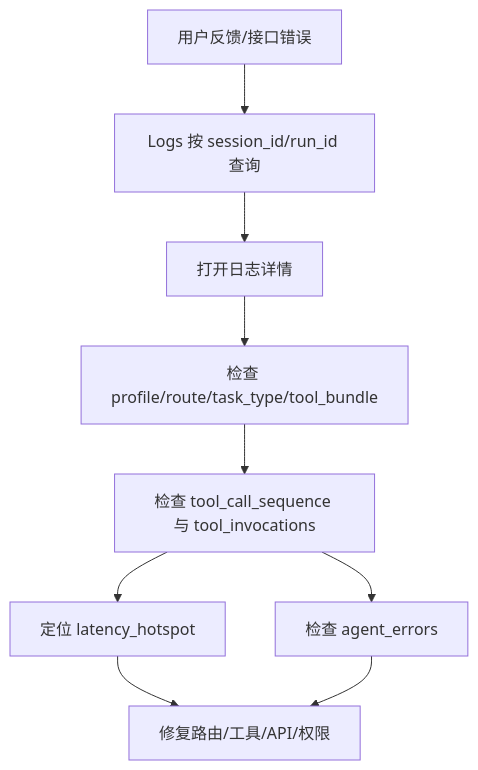
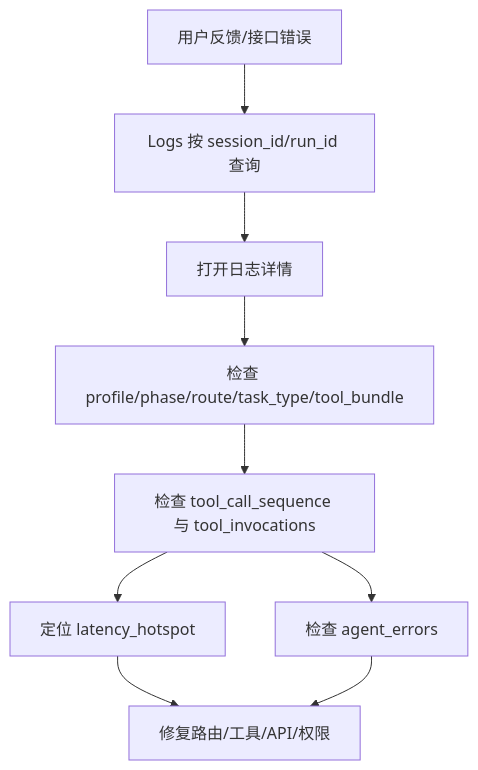
The second of 2 diagrams in docs/ADMIN_BACKEND_SYSTEM_GUIDE.md (lr12338/hifleet-agent), drawn with Mermaid before and after one commit. The commit also changed other lines of this file and 12 other files, not shown here.

Commit message:
Harden agent secrecy and simplify architecture docs

````diff
--- a/docs/ADMIN_BACKEND_SYSTEM_GUIDE.md
+++ b/docs/ADMIN_BACKEND_SYSTEM_GUIDE.md
@@ -179,11 +179,11 @@
 ```mermaid
 flowchart TD
     Symptom[用户反馈/接口错误] --> Logs[Logs 按 session_id/run_id 查询]
     Logs --> Detail[打开日志详情]
-    Detail --> Route[检查 profile/route/task_type/tool_bundle]
+    Detail --> Route[检查 profile/phase/route/task_type/tool_bundle]
     Route --> Tools[检查 tool_call_sequence 与 tool_invocations]
     Tools --> Latency[定位 latency_hotspot]
     Tools --> Error[检查 agent_errors]
     Latency --> Fix[修复路由/工具/API/权限]
     Error --> Fix
 ```
````
